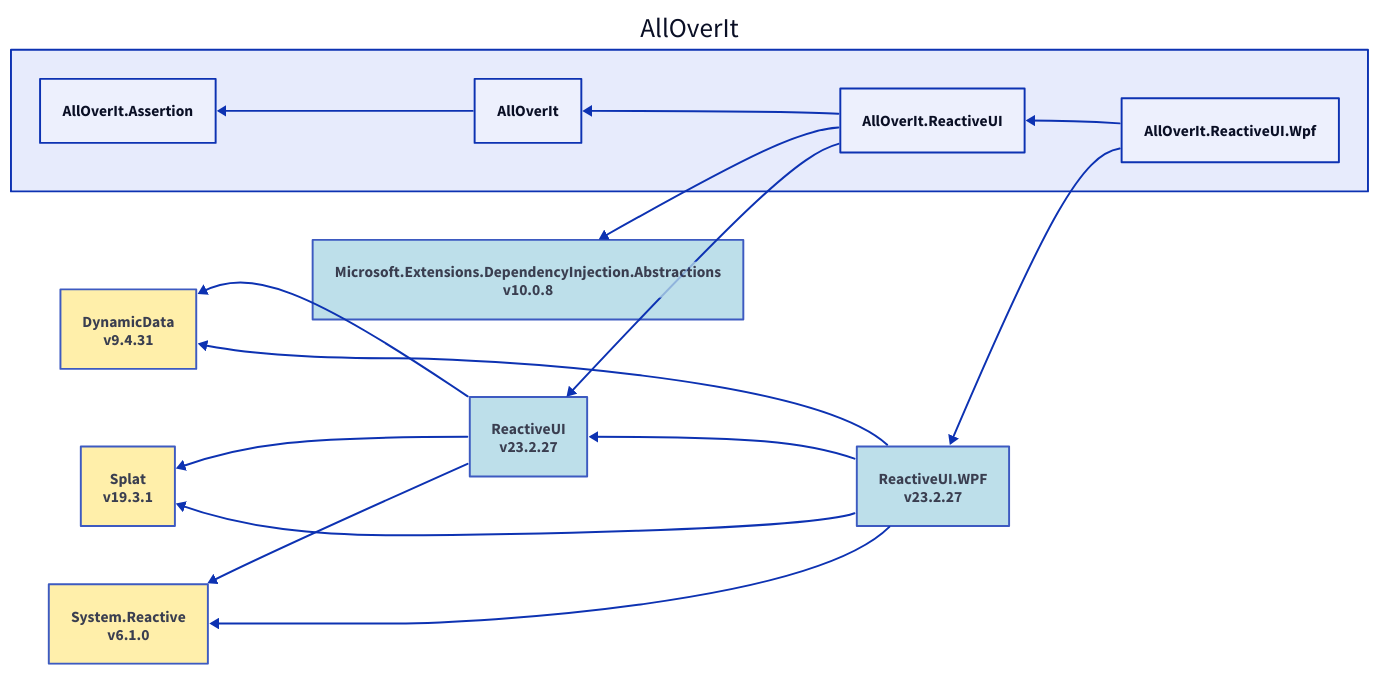
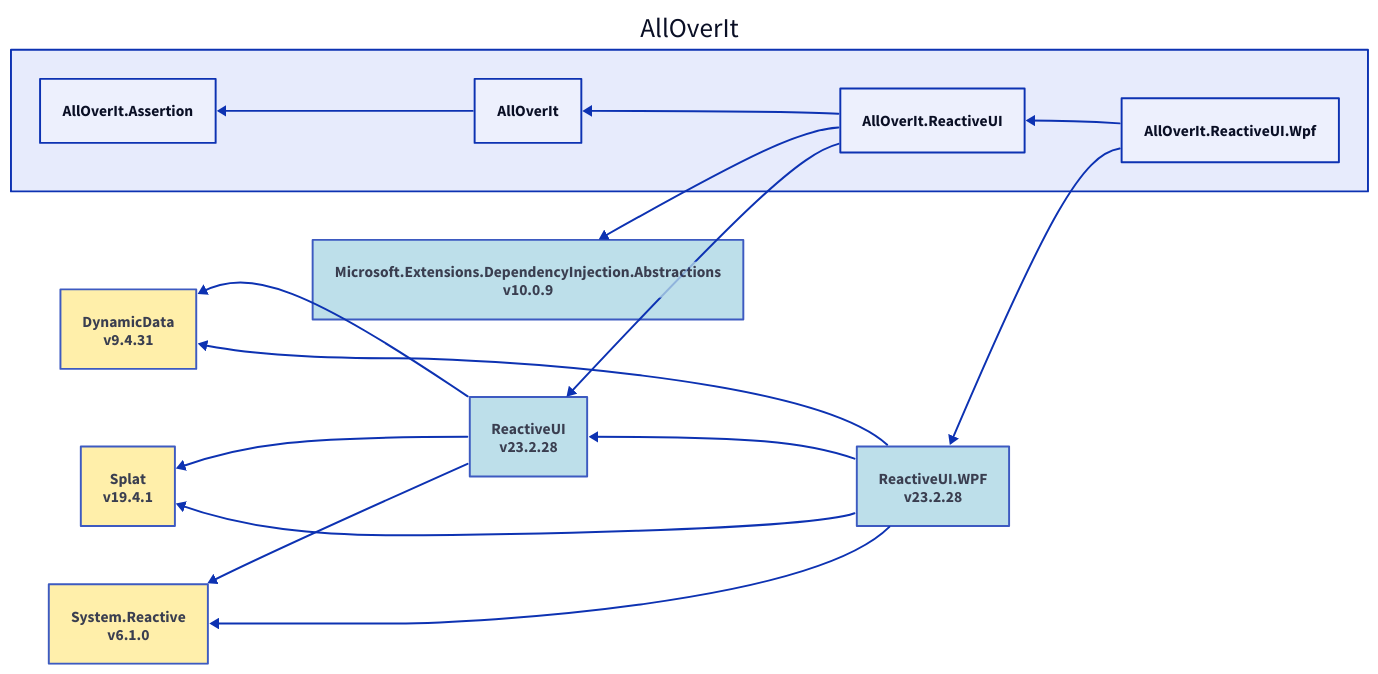
Before and after one commit to mjfreelancing/AllOverIt: the diagram in Docs/Reference/Content/images/dependencies/net9.0/d2/alloverit-reactiveui-wpf.d2, drawn with D2. The commit also changed 249 other files, not shown here.

```diff
--- a/Docs/Reference/Content/images/dependencies/net9.0/d2/alloverit-reactiveui-wpf.d2
+++ b/Docs/Reference/Content/images/dependencies/net9.0/d2/alloverit-reactiveui-wpf.d2
@@ -1,40 +1,40 @@
 direction: left
 
 aoi: AllOverIt
 aoi.alloverit-reactiveui-wpf: AllOverIt.ReactiveUI.Wpf
-reactiveui-wpf_23-2-27: ReactiveUI.WPF\nv23.2.27
+reactiveui-wpf_23-2-28: ReactiveUI.WPF\nv23.2.28
 dynamicdata_9-4-31: DynamicData\nv9.4.31
-reactiveui_23-2-27: ReactiveUI\nv23.2.27
-splat_19-3-1: Splat\nv19.3.1
+reactiveui_23-2-28: ReactiveUI\nv23.2.28
+splat_19-4-1: Splat\nv19.4.1
 system-reactive_6-1-0: System.Reactive\nv6.1.0
 aoi.alloverit-reactiveui: AllOverIt.ReactiveUI
-microsoft-extensions-dependencyinjection-abstractions_10-0-8: Microsoft.Extensions.DependencyInjection.Abstractions\nv10.0.8
+microsoft-extensions-dependencyinjection-abstractions_10-0-9: Microsoft.Extensions.DependencyInjection.Abstractions\nv10.0.9
 aoi.alloverit: AllOverIt
 aoi.alloverit-assertion: AllOverIt.Assertion
-reactiveui-wpf_23-2-27 <- aoi.alloverit-reactiveui-wpf
-dynamicdata_9-4-31 <- reactiveui-wpf_23-2-27
-reactiveui_23-2-27 <- reactiveui-wpf_23-2-27
-splat_19-3-1 <- reactiveui-wpf_23-2-27
-system-reactive_6-1-0 <- reactiveui-wpf_23-2-27
+reactiveui-wpf_23-2-28 <- aoi.alloverit-reactiveui-wpf
+dynamicdata_9-4-31 <- reactiveui-wpf_23-2-28
+reactiveui_23-2-28 <- reactiveui-wpf_23-2-28
+splat_19-4-1 <- reactiveui-wpf_23-2-28
+system-reactive_6-1-0 <- reactiveui-wpf_23-2-28
 aoi.alloverit-reactiveui <- aoi.alloverit-reactiveui-wpf
-microsoft-extensions-dependencyinjection-abstractions_10-0-8 <- aoi.alloverit-reactiveui
-reactiveui_23-2-27 <- aoi.alloverit-reactiveui
-dynamicdata_9-4-31 <- reactiveui_23-2-27
-splat_19-3-1 <- reactiveui_23-2-27
-system-reactive_6-1-0 <- reactiveui_23-2-27
+microsoft-extensions-dependencyinjection-abstractions_10-0-9 <- aoi.alloverit-reactiveui
+reactiveui_23-2-28 <- aoi.alloverit-reactiveui
+dynamicdata_9-4-31 <- reactiveui_23-2-28
+splat_19-4-1 <- reactiveui_23-2-28
+system-reactive_6-1-0 <- reactiveui_23-2-28
 aoi.alloverit <- aoi.alloverit-reactiveui
 aoi.alloverit-assertion <- aoi.alloverit
-reactiveui-wpf_23-2-27.style.fill: "#ADD8E6"
-reactiveui-wpf_23-2-27.style.opacity: 0.8
+reactiveui-wpf_23-2-28.style.fill: "#ADD8E6"
+reactiveui-wpf_23-2-28.style.opacity: 0.8
 dynamicdata_9-4-31.style.fill: "#FFEC96"
 dynamicdata_9-4-31.style.opacity: 0.8
-reactiveui_23-2-27.style.fill: "#ADD8E6"
-reactiveui_23-2-27.style.opacity: 0.8
-splat_19-3-1.style.fill: "#FFEC96"
-splat_19-3-1.style.opacity: 0.8
+reactiveui_23-2-28.style.fill: "#ADD8E6"
+reactiveui_23-2-28.style.opacity: 0.8
+splat_19-4-1.style.fill: "#FFEC96"
+splat_19-4-1.style.opacity: 0.8
 system-reactive_6-1-0.style.fill: "#FFEC96"
 system-reactive_6-1-0.style.opacity: 0.8
-microsoft-extensions-dependencyinjection-abstractions_10-0-8.style.fill: "#ADD8E6"
-microsoft-extensions-dependencyinjection-abstractions_10-0-8.style.opacity: 0.8
+microsoft-extensions-dependencyinjection-abstractions_10-0-9.style.fill: "#ADD8E6"
+microsoft-extensions-dependencyinjection-abstractions_10-0-9.style.opacity: 0.8
 aoi.style.fill: "#E7EBFC"
 aoi.style.opacity: 1
```
